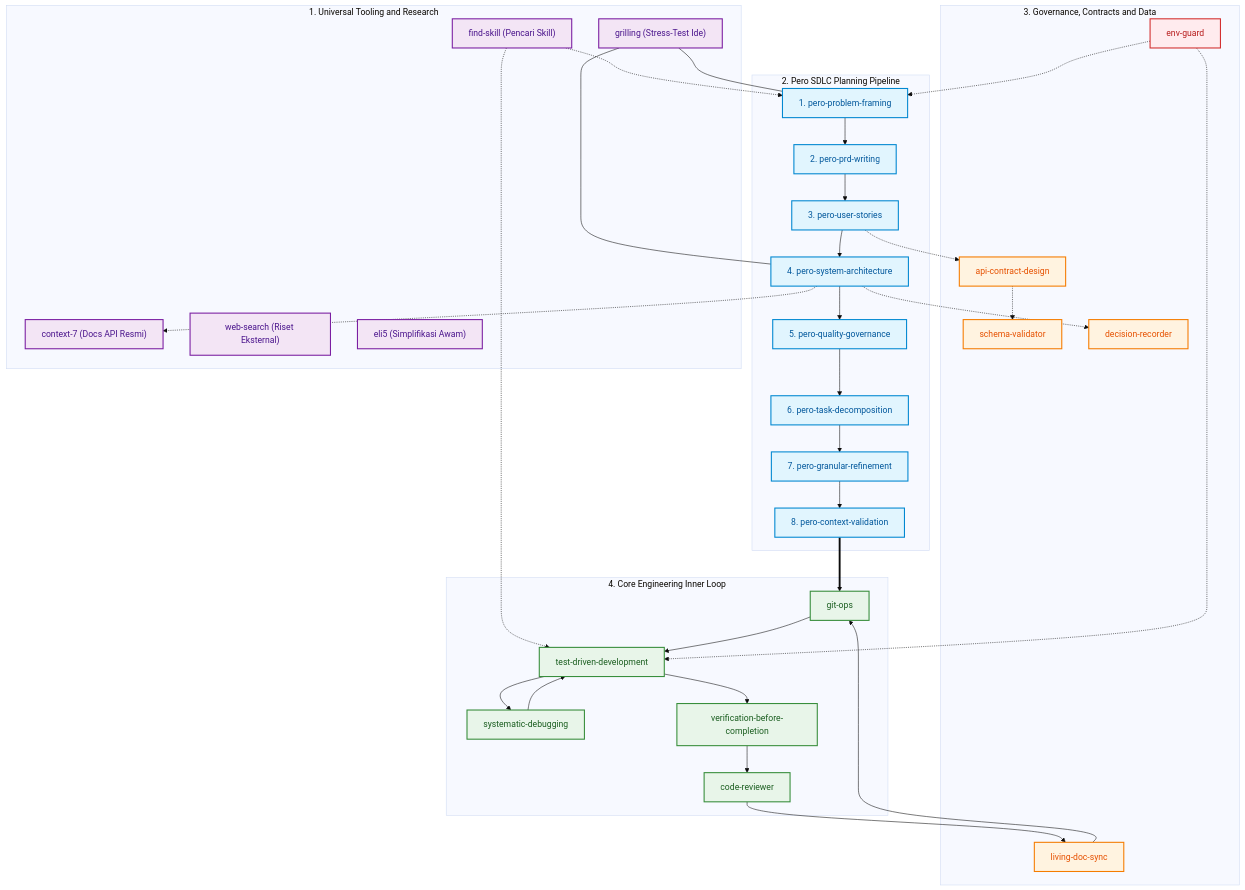
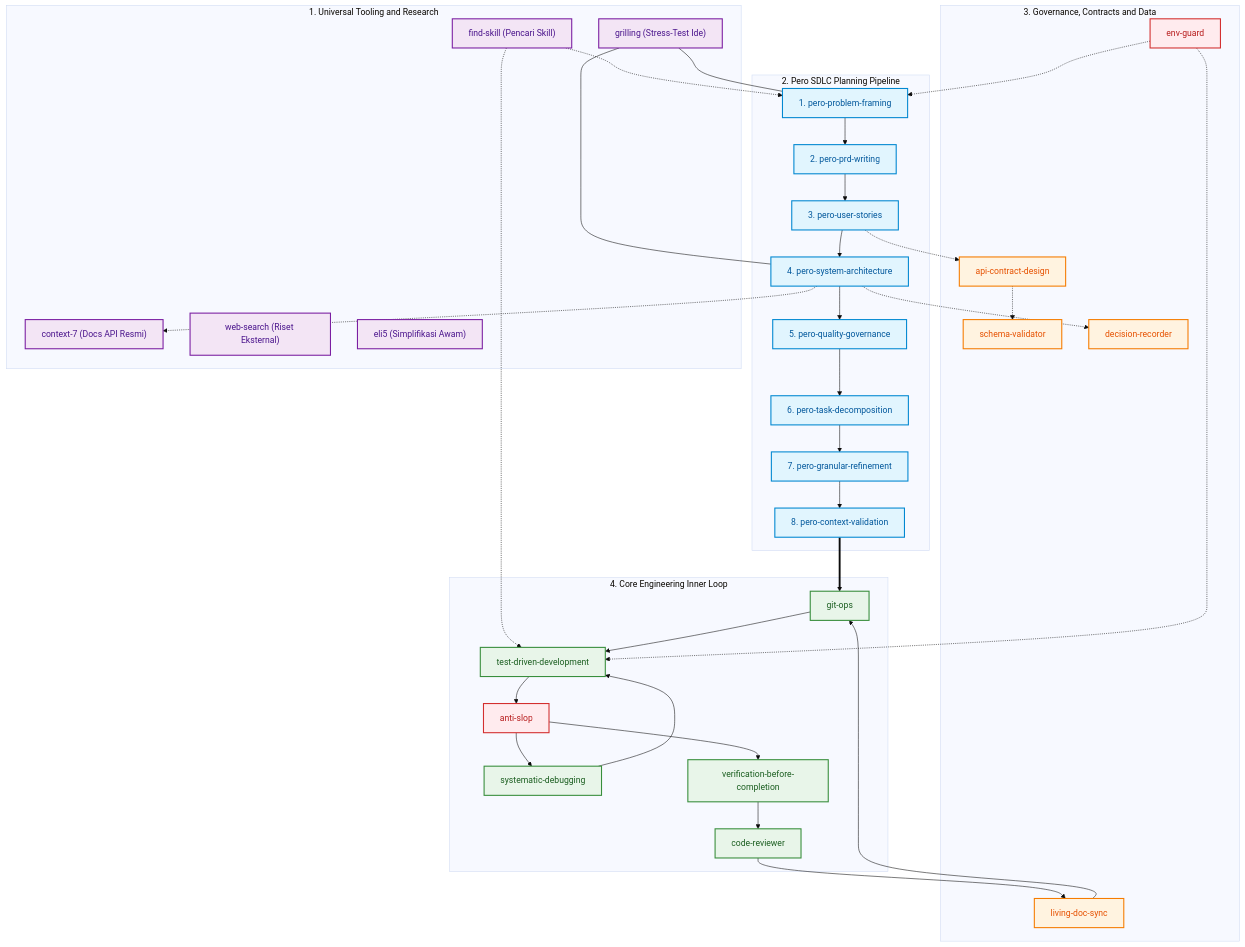
The first of 4 diagrams in README.md (okyFaishal/pero-agent-skills), drawn with Mermaid (base theme) before and after one commit. The commit also changed other lines of this file and 3 other files, not shown here.

First line of the commit message:
feat(anti-slop): add native universal anti-slop engineering skill

````diff
--- a/README.md
+++ b/README.md
@@ -43,77 +44,79 @@
 ```mermaid
 flowchart TB
     %% STYLING
     classDef sdlc fill:#e1f5fe,stroke:#0288d1,stroke-width:2px,color:#01579b;
     classDef engine fill:#e8f5e9,stroke:#388e3c,stroke-width:2px,color:#1b5e20;
     classDef govern fill:#fff3e0,stroke:#f57c00,stroke-width:2px,color:#e65100;
     classDef tool fill:#f3e5f5,stroke:#7b1fa2,stroke-width:2px,color:#4a148c;
     classDef guard fill:#ffebee,stroke:#d32f2f,stroke-width:2px,color:#b71c1c;
 
     subgraph TOOLING [1. Universal Tooling and Research]
         FS["find-skill (Pencari Skill)"]:::tool
         C7["context-7 (Docs API Resmi)"]:::tool
         WS["web-search (Riset Eksternal)"]:::tool
         GRL["grilling (Stress-Test Ide)"]:::tool
         ELI5["eli5 (Simplifikasi Awam)"]:::tool
     end
 
     subgraph SDLC [2. Pero SDLC Planning Pipeline]
         S1["1. pero-problem-framing"]:::sdlc
         S2["2. pero-prd-writing"]:::sdlc
         S3["3. pero-user-stories"]:::sdlc
         S4["4. pero-system-architecture"]:::sdlc
         S5["5. pero-quality-governance"]:::sdlc
         S6["6. pero-task-decomposition"]:::sdlc
         S7["7. pero-granular-refinement"]:::sdlc
         S8["8. pero-context-validation"]:::sdlc
     end
 
     subgraph CONTRACTS [3. Governance, Contracts and Data]
         API["api-contract-design"]:::govern
         SCH["schema-validator"]:::govern
         ADR["decision-recorder"]:::govern
         DOC["living-doc-sync"]:::govern
         ENV["env-guard"]:::guard
     end
 
     subgraph ENGINE [4. Core Engineering Inner Loop]
         GIT["git-ops"]:::engine
         TDD["test-driven-development"]:::engine
         DBG["systematic-debugging"]:::engine
+        AS["anti-slop"]:::guard
         VBC["verification-before-completion"]:::engine
         REV["code-reviewer"]:::engine
     end
 
     %% Connections
     FS -.-> S1
     FS -.-> TDD
     
     GRL --- S1
     GRL --- S4
     
     S1 --> S2
     S2 --> S3
     S3 --> S4
     S4 --> S5
     S5 --> S6
     S6 --> S7
     S7 --> S8
     
     S3 -.-> API
     API -.-> SCH
     S4 -.-> C7
     S4 -.-> ADR
     
     S8 ==> GIT
     
     GIT --> TDD
-    TDD --> DBG
+    TDD --> AS
+    AS --> DBG
     DBG --> TDD
-    TDD --> VBC
+    AS --> VBC
     VBC --> REV
     REV --> DOC
     DOC --> GIT
 
     ENV -.-> TDD
     ENV -.-> S1
 ```
````
